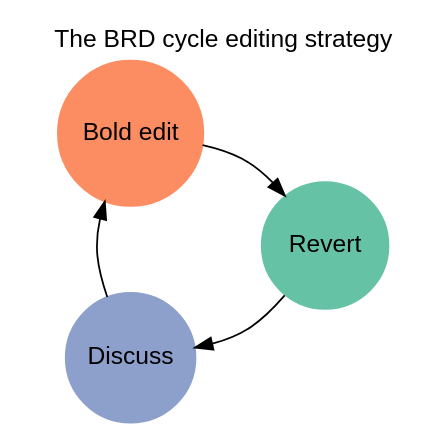
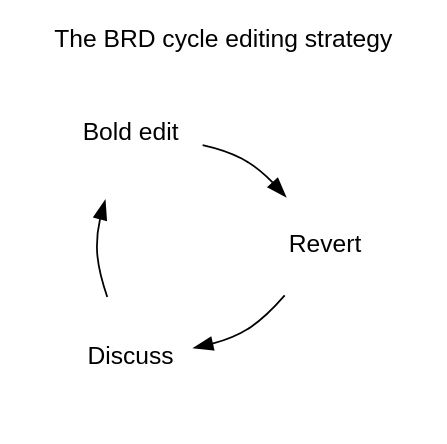
One commit to evoapps/wikischolar changed the diagram in wikischolarlib/inst/extdata/brdc.gv. Above: the diagram before and after it, drawn with Graphviz.

Commit message:
Can't use shapes or colors without confusion

```diff
--- a/wikischolarlib/inst/extdata/brdc.gv
+++ b/wikischolarlib/inst/extdata/brdc.gv
@@ -1,19 +1,19 @@
 digraph {
     layout="circo";
     splines=curved;
     fontname=Helvetica;
     labelloc=t;
     rankdir = LR;
-    node[shape=circle, fontname=helvetica, style=filled, width=1];
+    node[shape=circle, fontname=helvetica, width=1, penwidth=0];
 
     label="The BRD cycle editing strategy";
 
     // Start with discuss node on the bottom
     discuss;
 
     bold -> revert -> discuss -> bold;
 
-    bold[label="Bold edit", fillcolor="#fc8d62", color="#fc8d62"];
-    revert[label="Revert", fillcolor="#66c2a5", color="#66c2a5"];
-    discuss[label="Discuss", fillcolor="#8da0cb", color="#8da0cb"];
+    bold[label="Bold edit"];  // fillcolor="#fc8d62", color="#fc8d62"];
+    revert[label="Revert"];   // fillcolor="#66c2a5", color="#66c2a5"];
+    discuss[label="Discuss"]; // fillcolor="#8da0cb", color="#8da0cb"];
 }
```
